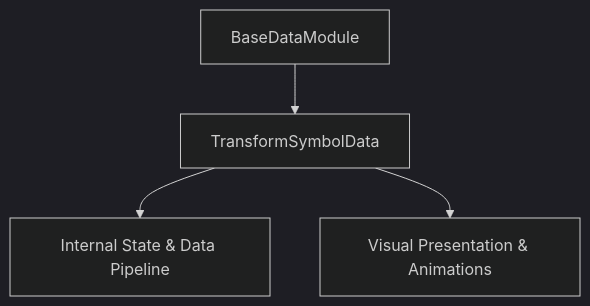
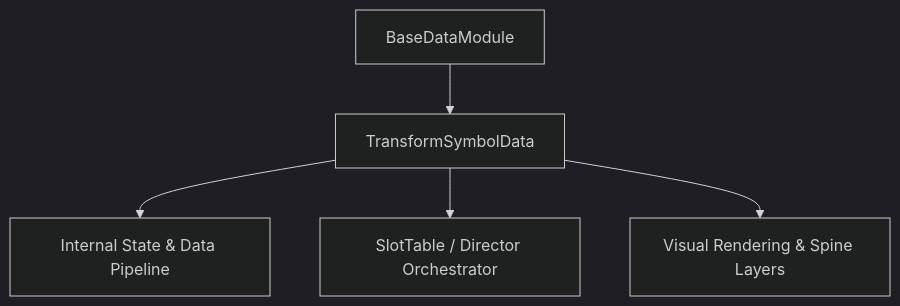
Before and after one commit to lam-ark/mcp-fwcc: the diagram in docs/cc_slot_mechanics/modules/TransformSymbolData/01_overview/01_architecture_and_role.md, drawn with Mermaid (dark theme). The commit also changed other lines of this file and 2509 other files, not shown here.

````diff
--- a/docs/cc_slot_mechanics/modules/TransformSymbolData/01_overview/01_architecture_and_role.md
+++ b/docs/cc_slot_mechanics/modules/TransformSymbolData/01_overview/01_architecture_and_role.md
@@ -18,6 +24,7 @@
 ```mermaid
 graph TD
-    Parent[BaseDataModule] --> Mod[TransformSymbolData]
-    Mod --> State[Internal State & Data Pipeline]
-    Mod --> Render[Visual Presentation & Animations]
+    SuperClass[BaseDataModule] --> TargetClass[TransformSymbolData]
+    TargetClass --> DataPipeline[Internal State & Data Pipeline]
+    TargetClass --> Orchestrator[SlotTable / Director Orchestrator]
+    TargetClass --> ViewLayer[Visual Rendering & Spine Layers]
 ```
````
